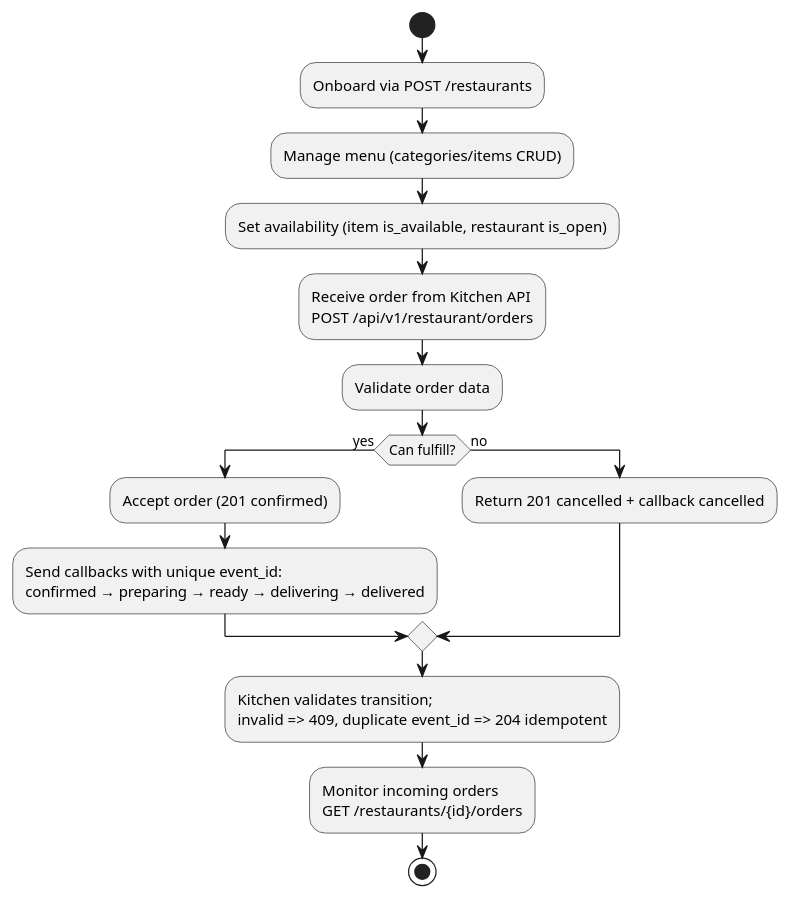
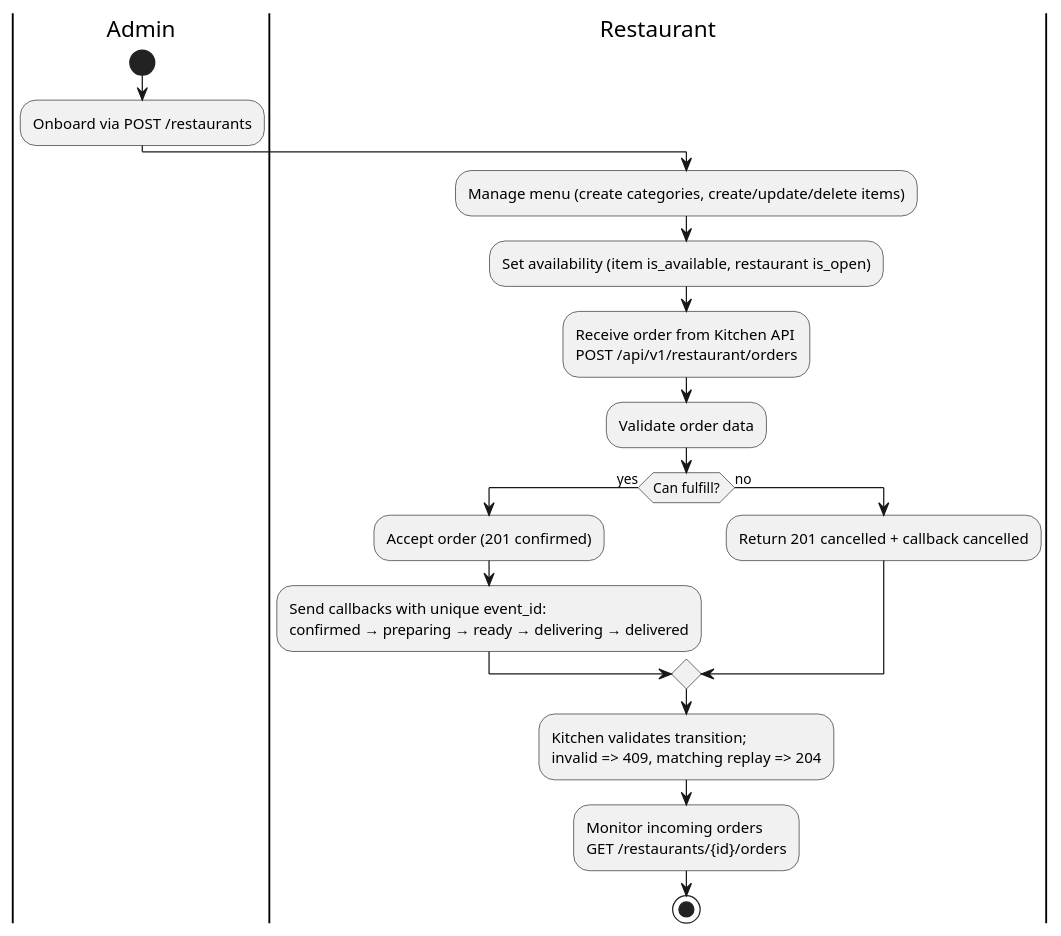
The diagram in docs/cjm-restaurant.puml (Aam-Shaegar/kitchenflow), drawn with PlantUML before and after one commit. The commit also changed 10 other files, not shown here.

Commit message:
Align API contract, startup guide and architecture with runtime behavior

```diff
--- a/docs/cjm-restaurant.puml
+++ b/docs/cjm-restaurant.puml
@@ -1,19 +1,20 @@
 @startuml
-|Restaurant|
+|Admin|
 start
 :Onboard via POST /restaurants;
-:Manage menu (categories/items CRUD);
+|Restaurant|
+:Manage menu (create categories, create/update/delete items);
 :Set availability (item is_available, restaurant is_open);
 :Receive order from Kitchen API\nPOST /api/v1/restaurant/orders;
 :Validate order data;
 if (Can fulfill?) then (yes)
   :Accept order (201 confirmed);
   :Send callbacks with unique event_id:\nconfirmed → preparing → ready → delivering → delivered;
 else (no)
   :Return 201 cancelled + callback cancelled;
 endif
 
-:Kitchen validates transition;\ninvalid => 409, duplicate event_id => 204 idempotent;
+:Kitchen validates transition;\ninvalid => 409, matching replay => 204;
 :Monitor incoming orders\nGET /restaurants/{id}/orders;
 stop
 @enduml
```
